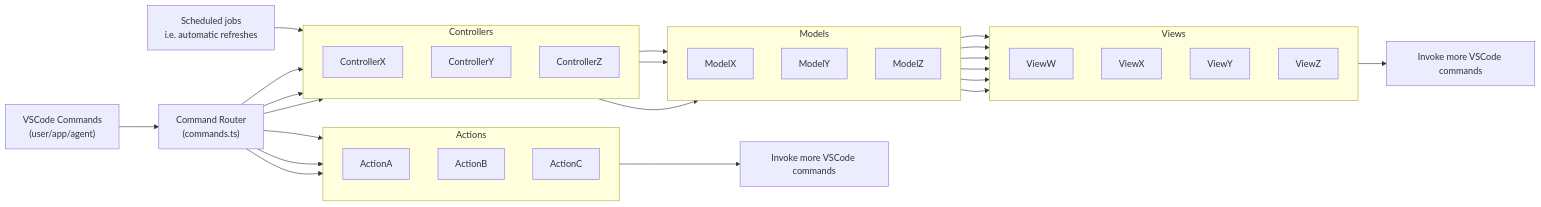
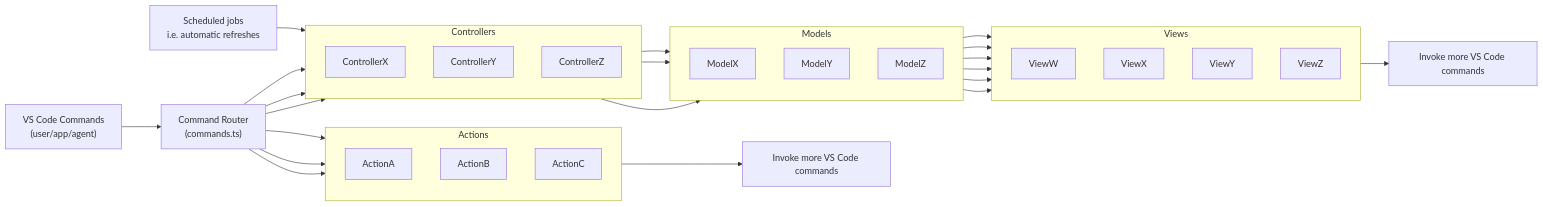
Before and after one commit to arm/vscode-topo: the first of 2 diagrams in docs/architecture.md, drawn with Mermaid. The commit also changed other lines of this file and 5 other files, not shown here.

````diff
--- a/docs/architecture.md
+++ b/docs/architecture.md
@@ -9,57 +9,57 @@
 ```mermaid
 flowchart LR
-    vscode["VSCode Commands<br/>(user/app/agent)"] --> router["Command Router<br/>(commands.ts)"]
+    vscode["VS Code Commands<br/>(user/app/agent)"] --> router["Command Router<br/>(commands.ts)"]
 
     subgraph controllers["Controllers"]
         direction TB
         controllerX["ControllerX"]
         controllerY["ControllerY"]
         controllerZ["ControllerZ"]
     end
 
     subgraph actions["Actions"]
         direction TB
         actionA["ActionA"]
         actionB["ActionB"]
         actionC["ActionC"]
     end
 
     subgraph models["Models"]
         direction TB
         modelX["ModelX"]
         modelY["ModelY"]
         modelZ["ModelZ"]
     end
 
     subgraph views["Views"]
         direction TB
         viewW["ViewW"]
         viewX["ViewX"]
         viewY["ViewY"]
         viewZ["ViewZ"]
     end
 
     scheduled["Scheduled jobs<br/>i.e. automatic refreshes"] --> controllerX
 
     router --> controllerX
     router --> controllerY
     router --> controllerZ
 
     router --> actionA
     router --> actionB
     router --> actionC
 
     controllerX --> modelX
     controllerY --> modelY
     controllerZ --> modelZ
 
     modelX --> viewW
     modelX --> viewX
     modelY --> viewX
     modelY --> viewY
     modelZ --> viewY
     modelZ --> viewZ
 
-    actionB --> fireVscode1["Invoke more VSCode commands"]
-    viewY --> fireVscode2["Invoke more VSCode commands"]
+    actionB --> fireVscode1["Invoke more VS Code commands"]
+    viewY --> fireVscode2["Invoke more VS Code commands"]
 ```
````
